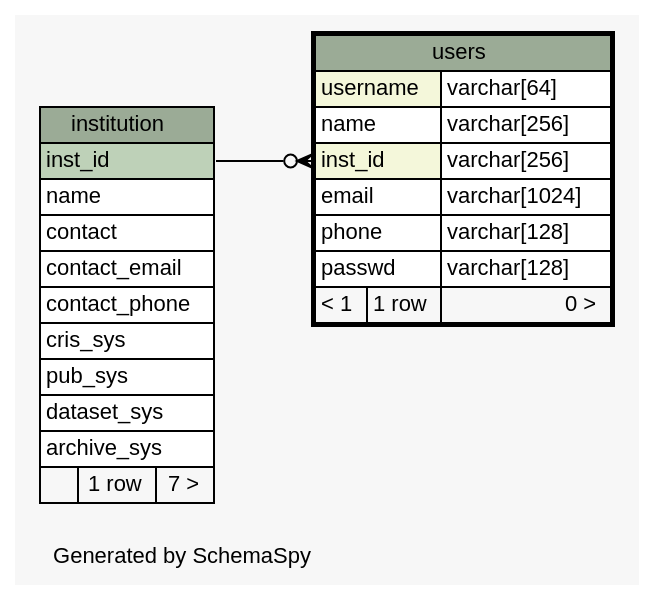
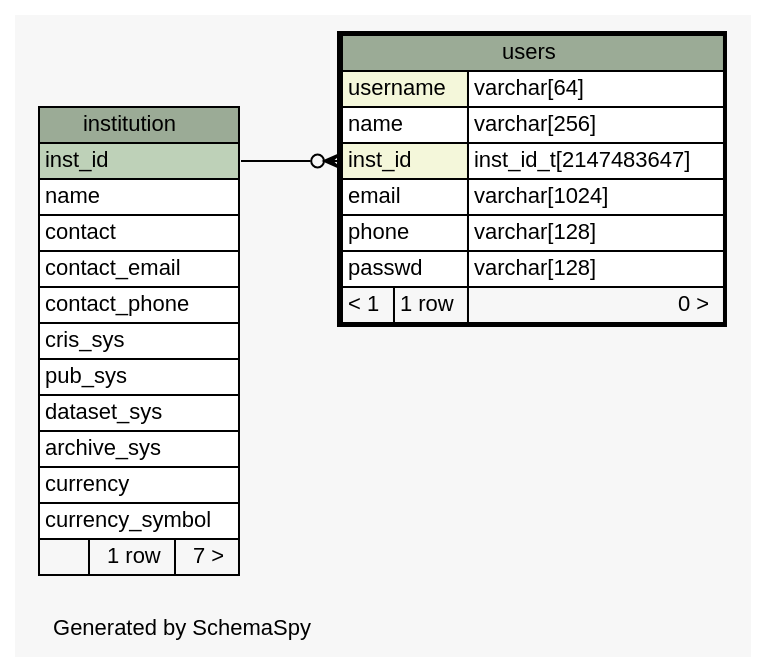
Before and after one commit to lulibrary/dmao_infrastructure: the diagram in ss.out/diagrams/users.1degree.dot, drawn with Graphviz. The commit also changed 121 other files, not shown here.

```diff
--- a/ss.out/diagrams/users.1degree.dot
+++ b/ss.out/diagrams/users.1degree.dot
@@ -1,56 +1,58 @@
-// dot 2.36.0 on Linux 3.13.0-55-generic
+// dot 2.36.0 on Linux 3.13.0-62-generic
 // SchemaSpy rev 590
 digraph "oneDegreeRelationshipsDiagram" {
   graph [
     rankdir="RL"
     bgcolor="#f7f7f7"
     label="\nGenerated by SchemaSpy"
     labeljust="l"
     nodesep="0.18"
     ranksep="0.46"
     fontname="Helvetica"
     fontsize="11"
   ];
   node [
     fontname="Helvetica"
     fontsize="11"
     shape="plaintext"
   ];
   edge [
     arrowsize="0.8"
   ];
   "users":"inst_id":w -> "institution":"inst_id":e [arrowhead=none dir=back arrowtail=crowodot];
   "institution" [
     label=<
     <TABLE BORDER="0" CELLBORDER="1" CELLSPACING="0" BGCOLOR="#ffffff">
       <TR><TD COLSPAN="3" BGCOLOR="#9bab96" ALIGN="CENTER">institution</TD></TR>
       <TR><TD PORT="inst_id" COLSPAN="3" BGCOLOR="#bed1b8" ALIGN="LEFT">inst_id</TD></TR>
       <TR><TD PORT="name" COLSPAN="3" ALIGN="LEFT">name</TD></TR>
       <TR><TD PORT="contact" COLSPAN="3" ALIGN="LEFT">contact</TD></TR>
       <TR><TD PORT="contact_email" COLSPAN="3" ALIGN="LEFT">contact_email</TD></TR>
       <TR><TD PORT="contact_phone" COLSPAN="3" ALIGN="LEFT">contact_phone</TD></TR>
       <TR><TD PORT="cris_sys" COLSPAN="3" ALIGN="LEFT">cris_sys</TD></TR>
       <TR><TD PORT="pub_sys" COLSPAN="3" ALIGN="LEFT">pub_sys</TD></TR>
       <TR><TD PORT="dataset_sys" COLSPAN="3" ALIGN="LEFT">dataset_sys</TD></TR>
       <TR><TD PORT="archive_sys" COLSPAN="3" ALIGN="LEFT">archive_sys</TD></TR>
+      <TR><TD PORT="currency" COLSPAN="3" ALIGN="LEFT">currency</TD></TR>
+      <TR><TD PORT="currency_symbol" COLSPAN="3" ALIGN="LEFT">currency_symbol</TD></TR>
       <TR><TD ALIGN="LEFT" BGCOLOR="#f7f7f7">  </TD><TD ALIGN="RIGHT" BGCOLOR="#f7f7f7">1 row</TD><TD ALIGN="RIGHT" BGCOLOR="#f7f7f7">7 &gt;</TD></TR>
     </TABLE>>
     URL="institution.html"
     tooltip="institution"
   ];
   "users" [
     label=<
     <TABLE BORDER="2" CELLBORDER="1" CELLSPACING="0" BGCOLOR="#ffffff">
       <TR><TD COLSPAN="3" BGCOLOR="#9bab96" ALIGN="CENTER">users</TD></TR>
       <TR><TD PORT="username" COLSPAN="2" BGCOLOR="#f4f7da" ALIGN="LEFT">username</TD><TD PORT="username.type" ALIGN="LEFT">varchar[64]</TD></TR>
       <TR><TD PORT="name" COLSPAN="2" ALIGN="LEFT">name</TD><TD PORT="name.type" ALIGN="LEFT">varchar[256]</TD></TR>
-      <TR><TD PORT="inst_id" COLSPAN="2" BGCOLOR="#f4f7da" ALIGN="LEFT">inst_id</TD><TD PORT="inst_id.type" ALIGN="LEFT">varchar[256]</TD></TR>
+      <TR><TD PORT="inst_id" COLSPAN="2" BGCOLOR="#f4f7da" ALIGN="LEFT">inst_id</TD><TD PORT="inst_id.type" ALIGN="LEFT">inst_id_t[2147483647]</TD></TR>
       <TR><TD PORT="email" COLSPAN="2" ALIGN="LEFT">email</TD><TD PORT="email.type" ALIGN="LEFT">varchar[1024]</TD></TR>
       <TR><TD PORT="phone" COLSPAN="2" ALIGN="LEFT">phone</TD><TD PORT="phone.type" ALIGN="LEFT">varchar[128]</TD></TR>
       <TR><TD PORT="passwd" COLSPAN="2" ALIGN="LEFT">passwd</TD><TD PORT="passwd.type" ALIGN="LEFT">varchar[128]</TD></TR>
       <TR><TD ALIGN="LEFT" BGCOLOR="#f7f7f7">&lt; 1</TD><TD ALIGN="RIGHT" BGCOLOR="#f7f7f7">1 row</TD><TD ALIGN="RIGHT" BGCOLOR="#f7f7f7">0 &gt;</TD></TR>
     </TABLE>>
     URL="users.html"
     tooltip="users"
   ];
 }
```
